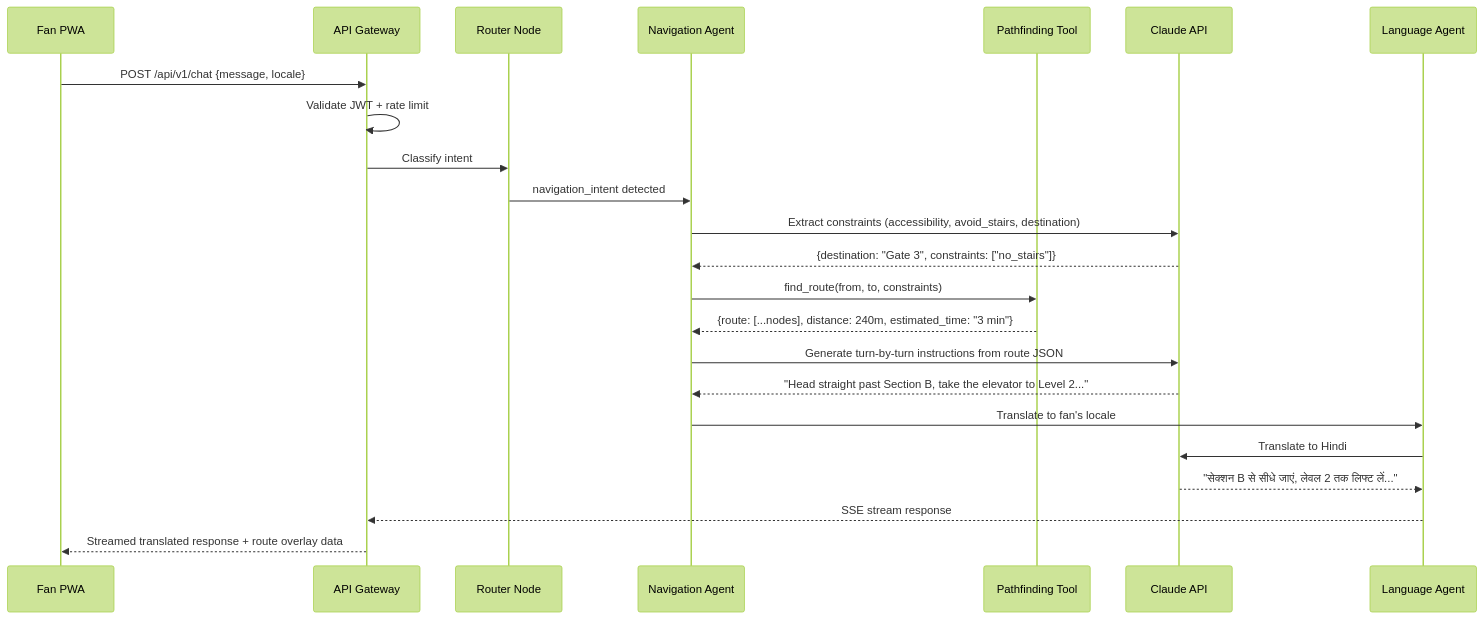
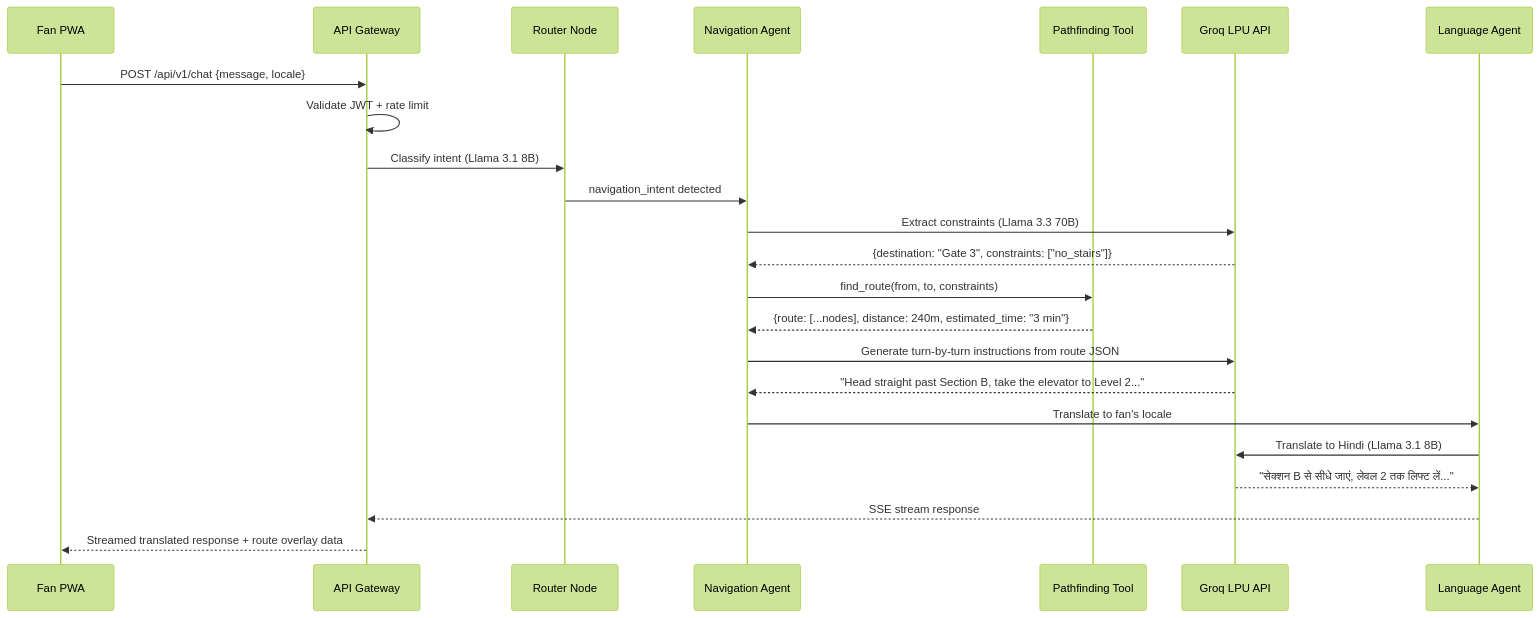
One commit to 9059Rohith/ADR changed the fourth of 6 diagrams in ARCHITECTURE.md. Above: the diagram before and after it, drawn with Mermaid (forest theme). The commit also changed other lines of this file and 25 other files, not shown here.

Commit message:
feat: migrate AI provider to Groq LPU and database to MongoDB Atlas

````diff
--- a/ARCHITECTURE.md
+++ b/ARCHITECTURE.md
@@ -137,26 +137,26 @@
 ```mermaid
 sequenceDiagram
     participant Fan as Fan PWA
     participant GW as API Gateway
     participant Router as Router Node
     participant Nav as Navigation Agent
     participant Path as Pathfinding Tool
-    participant LLM as Claude API
+    participant LLM as Groq LPU API
     participant Lang as Language Agent
 
     Fan->>GW: POST /api/v1/chat {message, locale}
     GW->>GW: Validate JWT + rate limit
-    GW->>Router: Classify intent
+    GW->>Router: Classify intent (Llama 3.1 8B)
     Router->>Nav: navigation_intent detected
-    Nav->>LLM: Extract constraints (accessibility, avoid_stairs, destination)
+    Nav->>LLM: Extract constraints (Llama 3.3 70B)
     LLM-->>Nav: {destination: "Gate 3", constraints: ["no_stairs"]}
     Nav->>Path: find_route(from, to, constraints)
     Path-->>Nav: {route: [...nodes], distance: 240m, estimated_time: "3 min"}
     Nav->>LLM: Generate turn-by-turn instructions from route JSON
     LLM-->>Nav: "Head straight past Section B, take the elevator to Level 2..."
     Nav->>Lang: Translate to fan's locale
-    Lang->>LLM: Translate to Hindi
+    Lang->>LLM: Translate to Hindi (Llama 3.1 8B)
     LLM-->>Lang: "सेक्शन B से सीधे जाएं, लेवल 2 तक लिफ्ट लें..."
     Lang-->>GW: SSE stream response
     GW-->>Fan: Streamed translated response + route overlay data
 ```
````
